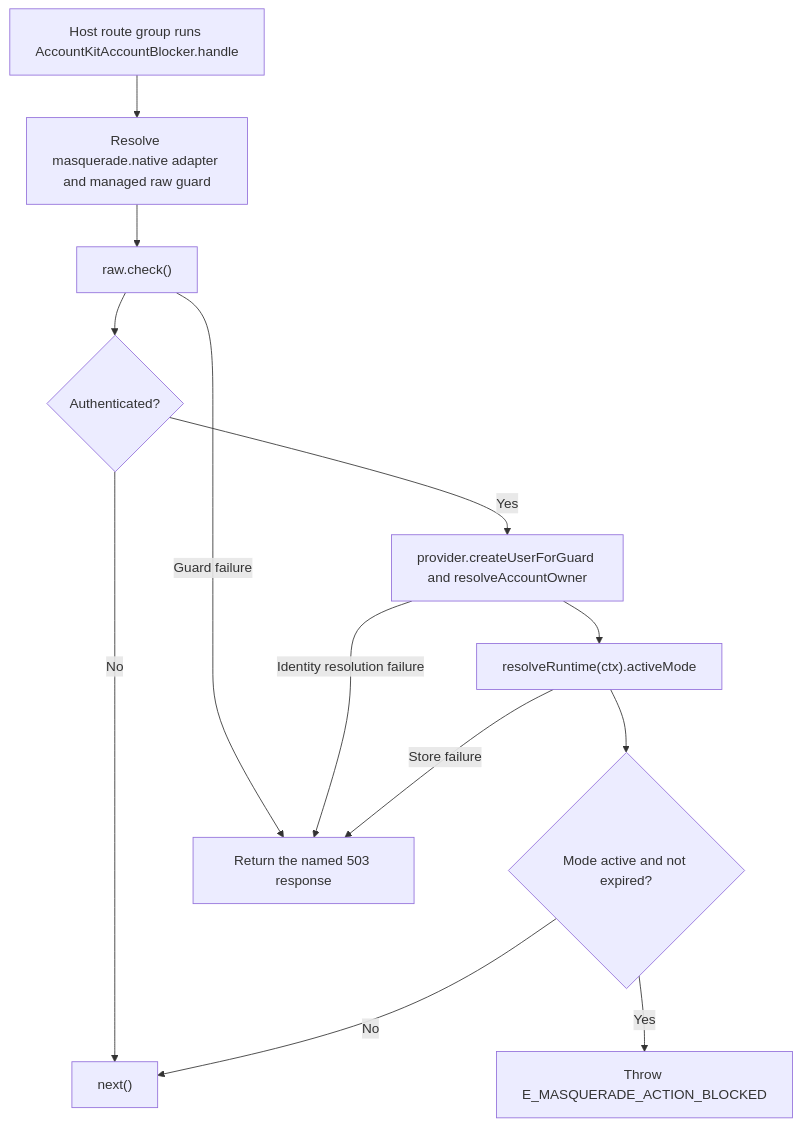
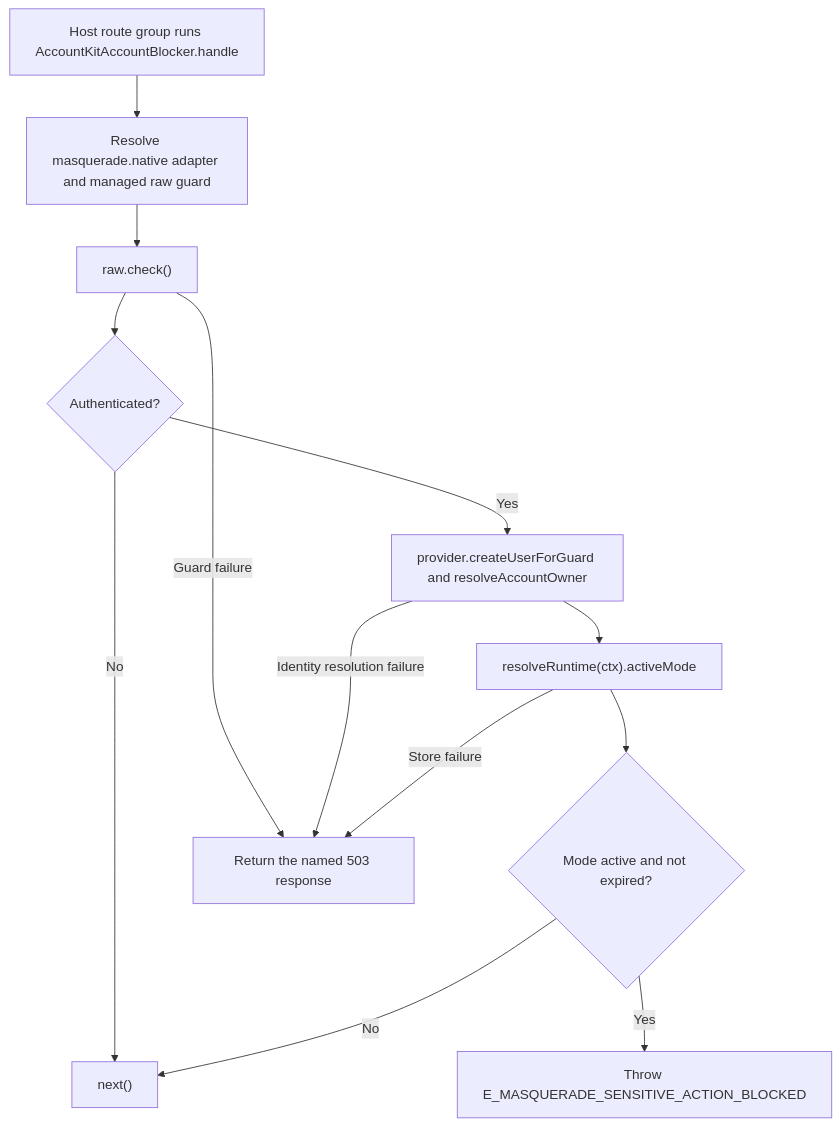
One commit to Kevinjohn/oss-adonisjs-masquerade changed the second of 2 diagrams in user-stories/protect-native-account/us-account-01-protect-native-account.md. Above: the diagram before and after it, drawn with Mermaid. The commit also changed other lines of this file and 49 other files, not shown here.

````diff
--- a/user-stories/protect-native-account/us-account-01-protect-native-account.md
+++ b/user-stories/protect-native-account/us-account-01-protect-native-account.md
@@ -36,15 +36,15 @@
 ```mermaid
 flowchart TD
     A["Host route group runs AccountKitAccountBlocker.handle"] --> B["Resolve masquerade.native adapter and managed raw guard"]
     B --> C["raw.check()"]
     C --> D{"Authenticated?"}
     D -->|No| E["next()"]
     D -->|Yes| F["provider.createUserForGuard and resolveAccountOwner"]
     F --> G["resolveRuntime(ctx).activeMode"]
     G --> H{"Mode active and not expired?"}
-    H -->|Yes| I["Throw E_MASQUERADE_ACTION_BLOCKED"]
+    H -->|Yes| I["Throw E_MASQUERADE_SENSITIVE_ACTION_BLOCKED"]
     H -->|No| E
     C -->|Guard failure| J["Return the named 503 response"]
     F -->|Identity resolution failure| J
     G -->|Store failure| J
 ```
````
